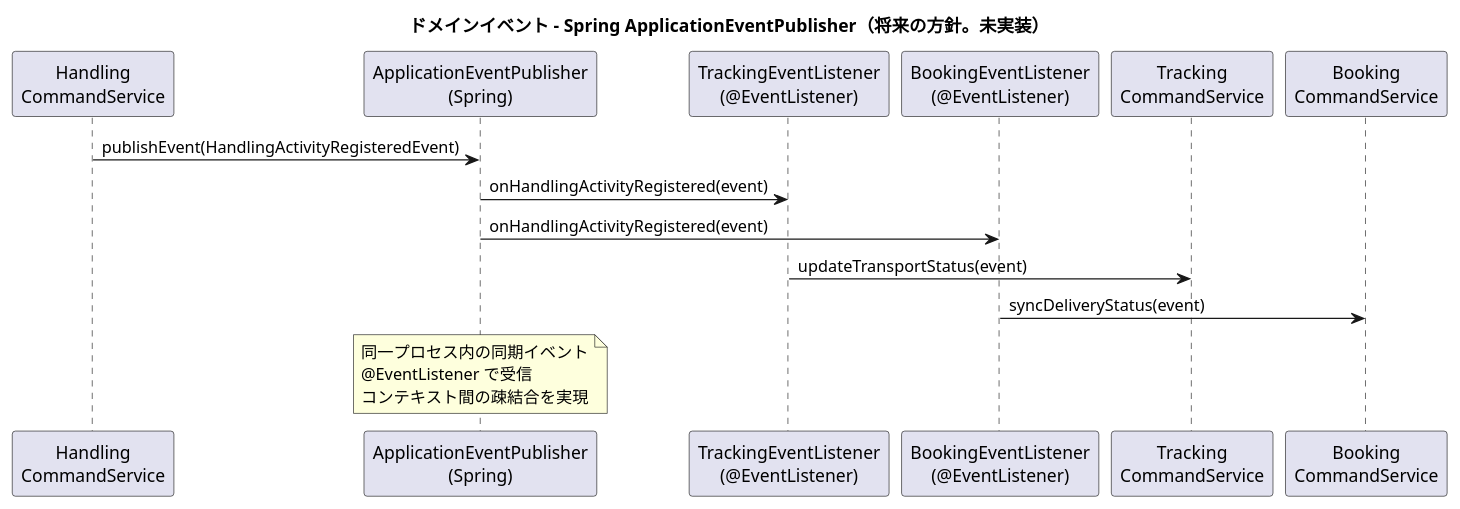
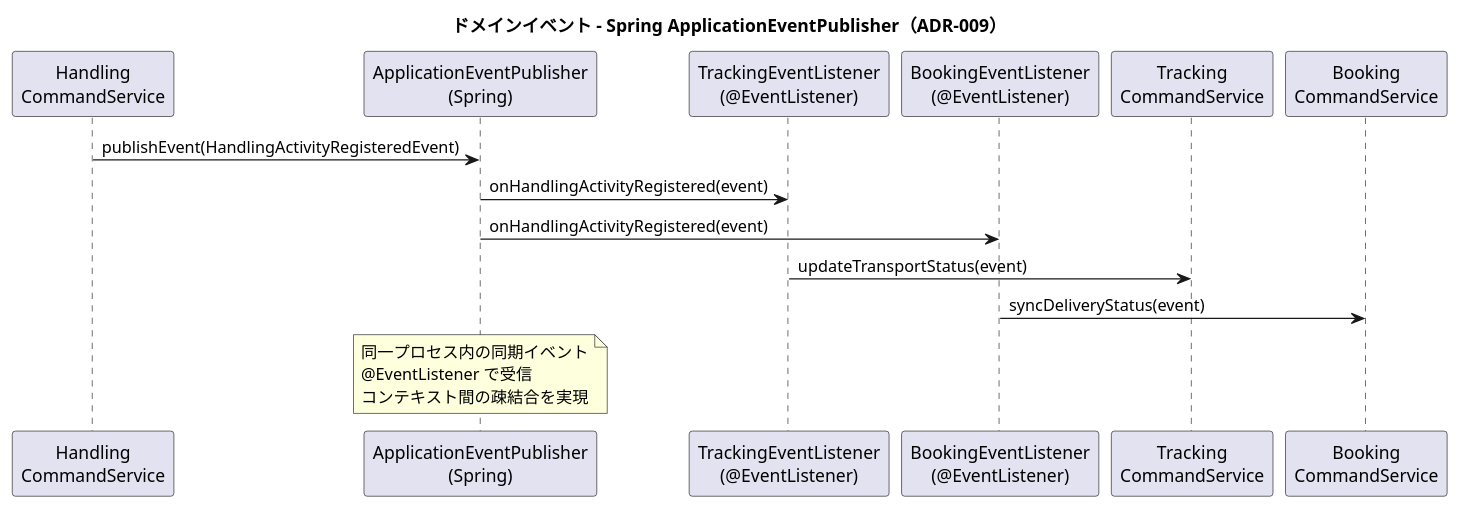
One commit to k2works/case-study-cargo-tracker changed the fifth of 7 diagrams in docs/design/architecture_backend.md. Above: the diagram before and after it, drawn with PlantUML. The commit also changed other lines of this file and 21 other files, not shown here.

````diff
--- a/docs/design/architecture_backend.md
+++ b/docs/design/architecture_backend.md
@@ -485,26 +483,26 @@
 ```plantuml
 @startuml
-title ドメインイベント - Spring ApplicationEventPublisher（**将来の方針。未実装**）
+title ドメインイベント - Spring ApplicationEventPublisher（ADR-009）
 
 participant "Handling\nCommandService" as handling
 participant "ApplicationEventPublisher\n(Spring)" as publisher
 participant "TrackingEventListener\n(@EventListener)" as tracking_listener
 participant "BookingEventListener\n(@EventListener)" as booking_listener
 participant "Tracking\nCommandService" as tracking
 participant "Booking\nCommandService" as booking
 
 handling -> publisher : publishEvent(HandlingActivityRegisteredEvent)
 publisher -> tracking_listener : onHandlingActivityRegistered(event)
 publisher -> booking_listener : onHandlingActivityRegistered(event)
 
 tracking_listener -> tracking : updateTransportStatus(event)
 booking_listener -> booking : syncDeliveryStatus(event)
 
 note over publisher
   同一プロセス内の同期イベント
   @EventListener で受信
   コンテキスト間の疎結合を実現
 end note
 
 @enduml
 ```
````
